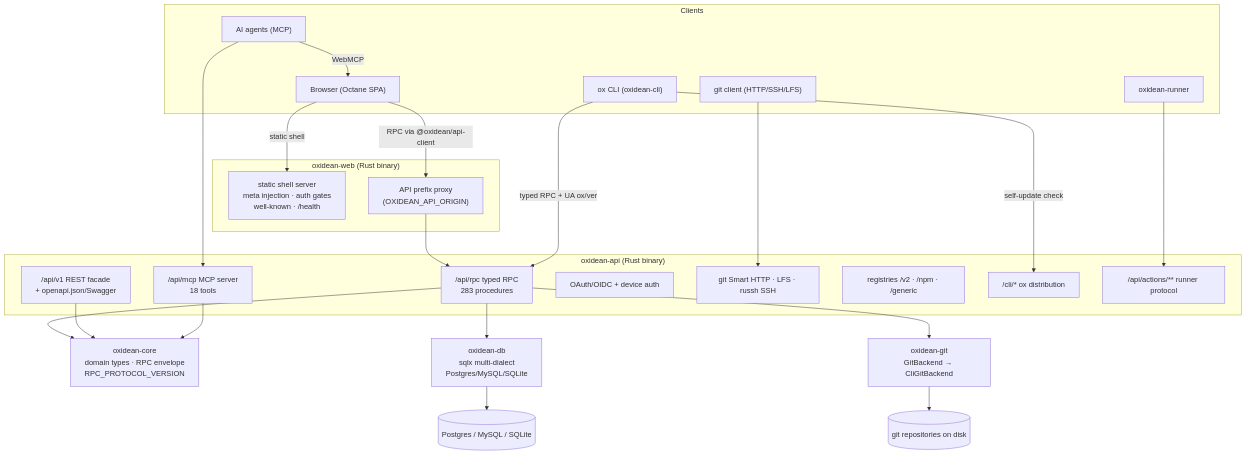
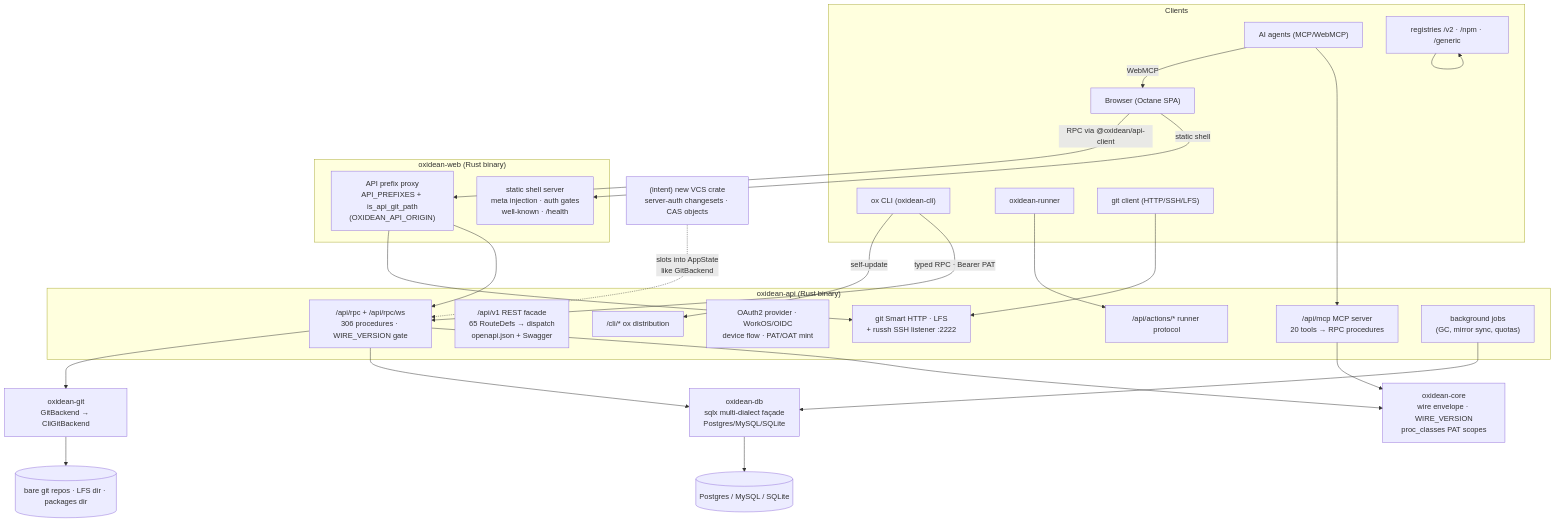
The first of 7 diagrams in aidlc/spaces/default/codekb/oxidean-app/architecture.md (oxidean/oxidean), drawn with Mermaid before and after one commit. The commit also changed other lines of this file and 623 other files, not shown here.

First line of the commit message:
feat(vcs): side-by-side agentic source-control protocol alongside Git (#159)

````diff
--- a/aidlc/spaces/default/codekb/oxidean-app/architecture.md
+++ b/aidlc/spaces/default/codekb/oxidean-app/architecture.md
@@ -52,50 +60,56 @@
 ```mermaid
 graph TD
     subgraph Clients
         Browser["Browser (Octane SPA)"]
         Ox["ox CLI (oxidean-cli)"]
-        Agent["AI agents (MCP)"]
+        Agent["AI agents (MCP/WebMCP)"]
         Runner["oxidean-runner"]
         GitC["git client (HTTP/SSH/LFS)"]
+        Reg["OCI/npm/generic clients"]
     end
 
     subgraph "oxidean-web (Rust binary)"
         Web["static shell server<br/>meta injection · auth gates<br/>well-known · /health"]
-        Proxy["API prefix proxy<br/>(OXIDEAN_API_ORIGIN)"]
+        Proxy["API prefix proxy<br/>API_PREFIXES + is_api_git_path<br/>(OXIDEAN_API_ORIGIN)"]
     end
 
     subgraph "oxidean-api (Rust binary)"
-        RPC["/api/rpc typed RPC<br/>283 procedures"]
-        REST["/api/v1 REST facade<br/>+ openapi.json/Swagger"]
-        MCP["/api/mcp MCP server<br/>18 tools"]
-        Oauth["OAuth/OIDC + device auth"]
-        GitS["git Smart HTTP · LFS · russh SSH"]
+        RPC["/api/rpc + /api/rpc/ws<br/>306 procedures · WIRE_VERSION gate"]
+        REST["/api/v1 REST facade<br/>65 RouteDefs → dispatch<br/>openapi.json + Swagger"]
+        MCP["/api/mcp MCP server<br/>20 tools → RPC procedures"]
+        Oauth["OAuth2 provider · WorkOS/OIDC<br/>device flow · PAT/OAT mint"]
+        GitS["git Smart HTTP · LFS<br/>+ russh SSH listener :2222"]
         Reg["registries /v2 · /npm · /generic"]
         CliD["/cli/* ox distribution"]
-        Act["/api/actions/** runner protocol"]
+        Act["/api/actions/* runner protocol"]
+        Jobs["background jobs<br/>(GC, mirror sync, quotas)"]
     end
 
-    Core["oxidean-core<br/>domain types · RPC envelope<br/>RPC_PROTOCOL_VERSION"]
-    DB["oxidean-db<br/>sqlx multi-dialect<br/>Postgres/MySQL/SQLite"]
+    Core["oxidean-core<br/>wire envelope · WIRE_VERSION<br/>proc_classes PAT scopes"]
+    DB["oxidean-db<br/>sqlx multi-dialect façade<br/>Postgres/MySQL/SQLite"]
     GitB["oxidean-git<br/>GitBackend → CliGitBackend"]
     DBMS[("Postgres / MySQL / SQLite")]
-    FS[("git repositories on disk")]
+    FS[("bare git repos · LFS dir · packages dir")]
+    NewVCS["(intent) new VCS crate<br/>server-auth changesets · CAS objects"]
 
     Browser -->|static shell| Web
     Browser -->|"RPC via @oxidean/api-client"| Proxy
     Proxy --> RPC
-    Ox -->|typed RPC + UA ox/ver| RPC
-    Ox -->|"self-update check"| CliD
+    Proxy --> GitS
+    Ox -->|"typed RPC · Bearer PAT"| RPC
+    Ox -->|"self-update"| CliD
     Agent --> MCP
     Agent -->|WebMCP| Browser
     Runner --> Act
     GitC --> GitS
+    Reg --> Reg
 
     RPC --> Core
-    REST --> Core
     MCP --> Core
     RPC --> DB
     RPC --> GitB
+    Jobs --> DB
     DB --> DBMS
     GitB --> FS
+    NewVCS -. "slots into AppState<br/>like GitBackend" .-> RPC
 ```
````
